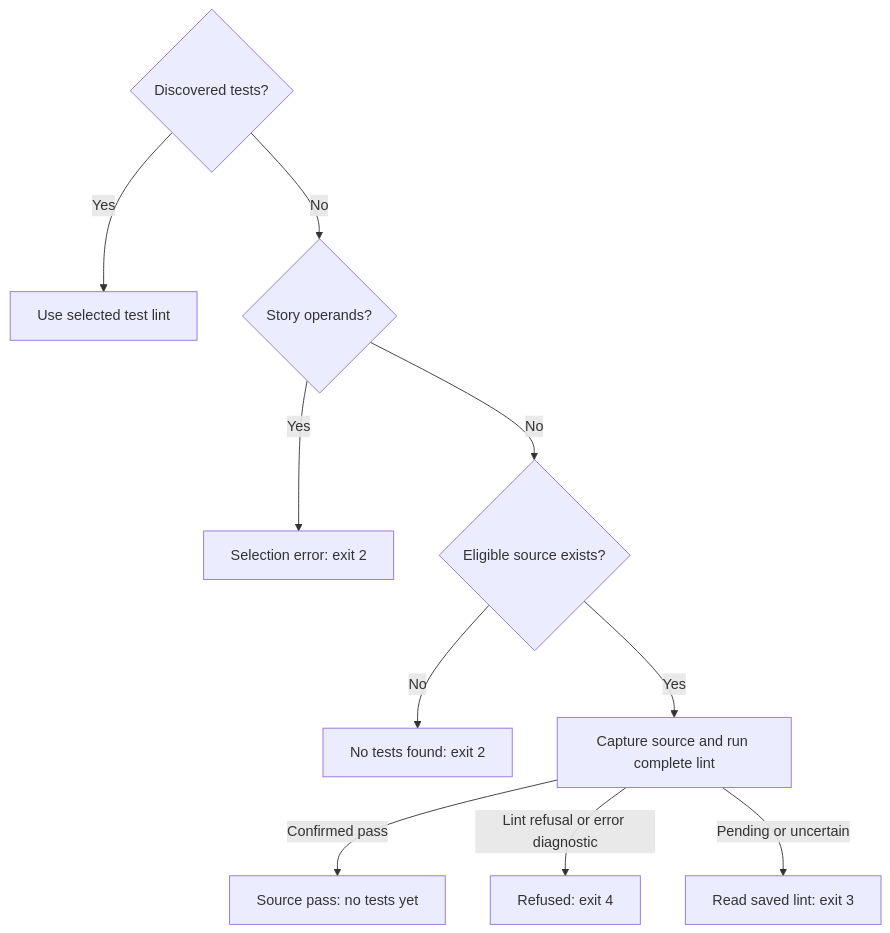
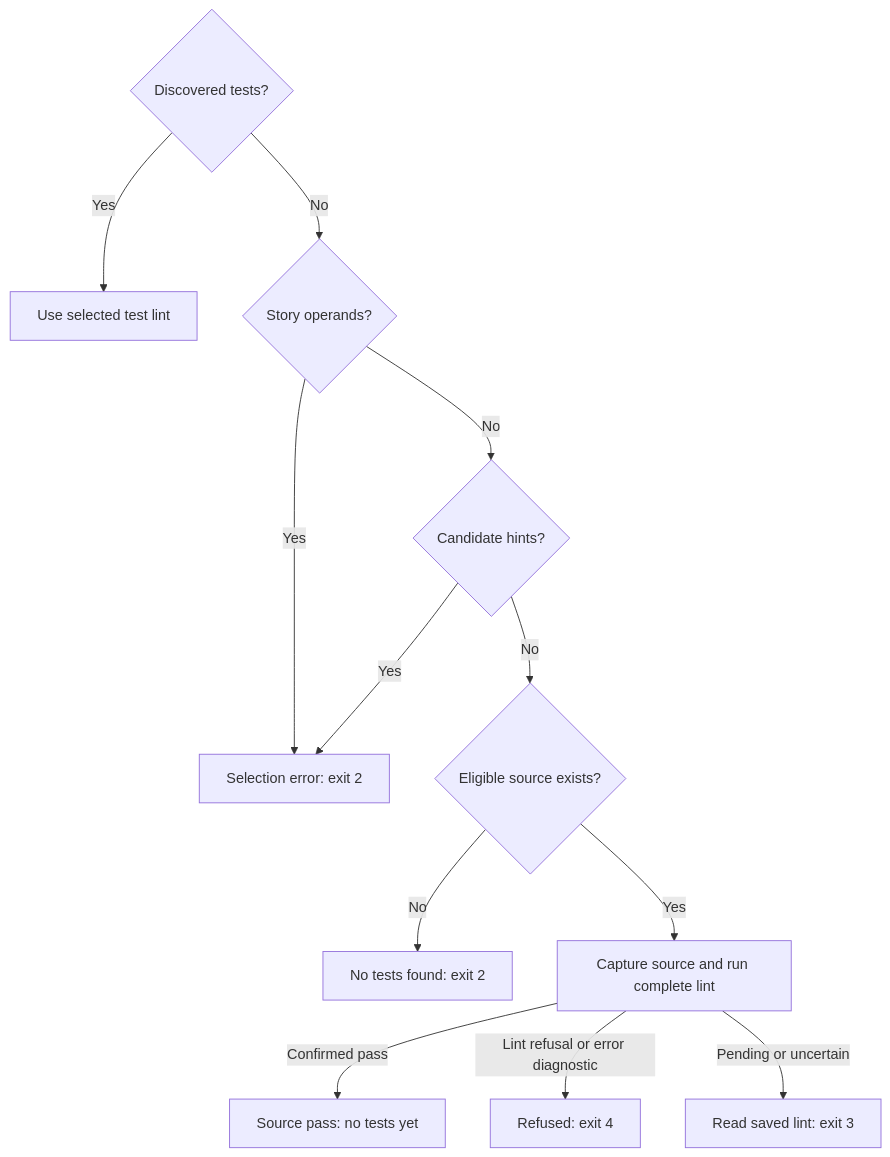
One commit to promptdriven/pdd changed the first of 2 diagrams in prompts/cli/runtime-client.prompt.md. Above: the diagram before and after it, drawn with Mermaid. The commit also changed other lines of this file and 7 other files, not shown here.

Commit message:
Specify source lint candidate, retry and warning follow-ups

````diff
--- a/prompts/cli/runtime-client.prompt.md
+++ b/prompts/cli/runtime-client.prompt.md
@@ -56,12 +57,14 @@
 ```mermaid
 flowchart TD
     T{Discovered tests?} -->|Yes| R[Use selected test lint]
     T -->|No| W{Story operands?}
     W -->|Yes| E[Selection error: exit 2]
-    W -->|No| S{Eligible source exists?}
+    W -->|No| H{Candidate hints?}
+    H -->|Yes| E
+    H -->|No| S{Eligible source exists?}
     S -->|No| N[No tests found: exit 2]
     S -->|Yes| C[Capture source and run complete lint]
     C -->|Confirmed pass| P[Source pass: no tests yet]
     C -->|Lint refusal or error diagnostic| F[Refused: exit 4]
     C -->|Pending or uncertain| U[Read saved lint: exit 3]
 ```
````
